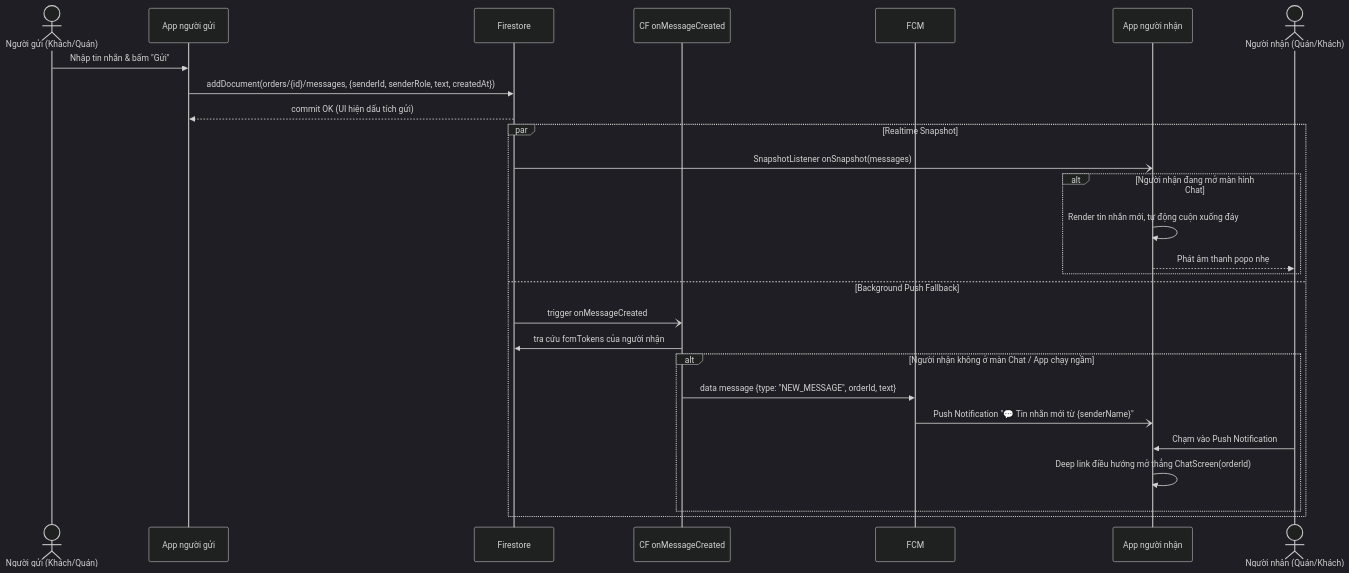
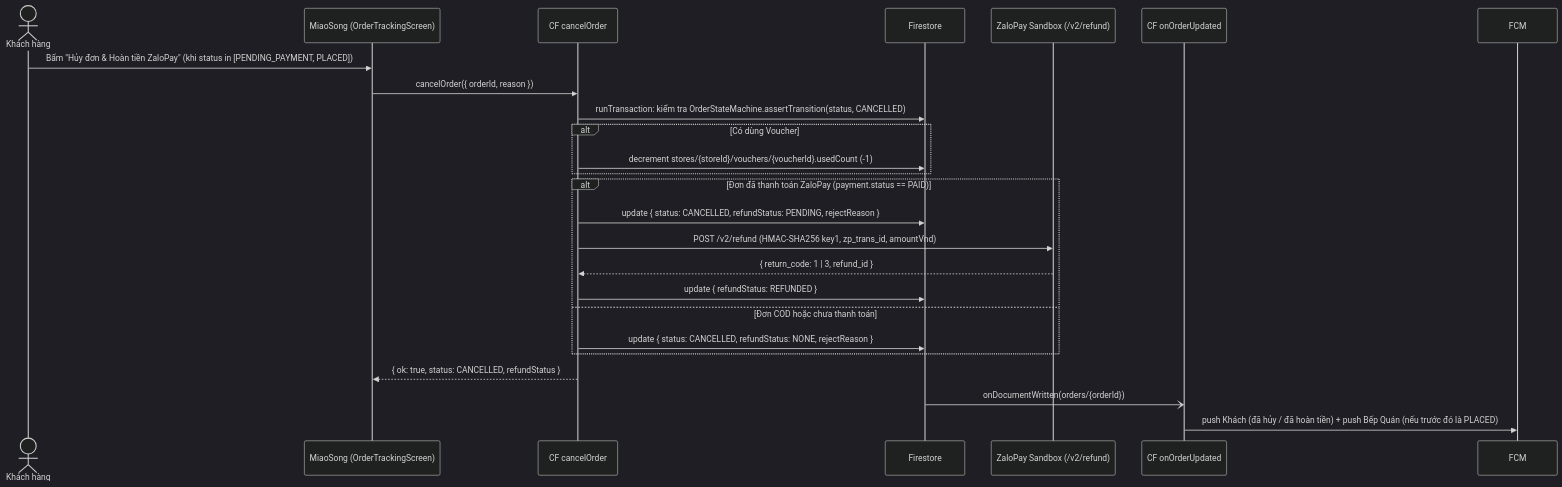
Diagram 14 of 16 in docs/04-sequence-diagrams.md (thanhpino/MobileAppFinalProject-MiaoSong), drawn with Mermaid (dark theme) before and after one commit. The commit also changed other lines of this file and 10 other files, not shown here.

Commit message:
docs(freeze): sync all diagrams/ERD/API contracts with code & add interactive Archify flow HTML

````diff
--- a/docs/04-sequence-diagrams.md
+++ b/docs/04-sequence-diagrams.md
@@ -424,31 +424,28 @@
 ```mermaid
 sequenceDiagram
-    actor U1 as Người gửi (Khách/Quán)
-    participant APP1 as App người gửi
+    actor KH as Khách hàng
+    participant APP as MiaoSong (OrderTrackingScreen)
+    participant CF as CF cancelOrder
     participant FS as Firestore
-    participant CF as CF onMessageCreated
+    participant ZLP as ZaloPay Sandbox (/v2/refund)
+    participant TRG as CF onOrderUpdated
     participant FCM as FCM
-    participant APP2 as App người nhận
-    actor U2 as Người nhận (Quán/Khách)
 
-    U1->>APP1: Nhập tin nhắn & bấm "Gửi"
-    APP1->>FS: addDocument(orders/{id}/messages, {senderId, senderRole, text, createdAt})
-    FS-->>APP1: commit OK (UI hiện dấu tích gửi)
-    
-    par Realtime Snapshot
-        FS-)APP2: SnapshotListener onSnapshot(messages)
-        alt Người nhận đang mở màn hình Chat
-            APP2->>APP2: Render tin nhắn mới, tự động cuộn xuống đáy
-            APP2-->>U2: Phát âm thanh popo nhẹ
-        end
-    and Background Push Fallback
-        FS-)CF: trigger onMessageCreated
-        CF->>FS: tra cứu fcmTokens của người nhận
-        alt Người nhận không ở màn Chat / App chạy ngầm
-            CF->>FCM: data message {type: "NEW_MESSAGE", orderId, text}
-            FCM-)APP2: Push Notification "💬 Tin nhắn mới từ {senderName}"
-            U2->>APP2: Chạm vào Push Notification
-            APP2->>APP2: Deep link điều hướng mở thẳng ChatScreen(orderId)
-        end
+    KH->>APP: Bấm "Hủy đơn & Hoàn tiền ZaloPay" (khi status in [PENDING_PAYMENT, PLACED])
+    APP->>CF: cancelOrder({ orderId, reason })
+    CF->>FS: runTransaction: kiểm tra OrderStateMachine.assertTransition(status, CANCELLED)
+    alt Có dùng Voucher
+        CF->>FS: decrement stores/{storeId}/vouchers/{voucherId}.usedCount (-1)
     end
+    alt Đơn đã thanh toán ZaloPay (payment.status == PAID)
+        CF->>FS: update { status: CANCELLED, refundStatus: PENDING, rejectReason }
+        CF->>ZLP: POST /v2/refund (HMAC-SHA256 key1, zp_trans_id, amountVnd)
+        ZLP-->>CF: { return_code: 1 | 3, refund_id }
+        CF->>FS: update { refundStatus: REFUNDED }
+    else Đơn COD hoặc chưa thanh toán
+        CF->>FS: update { status: CANCELLED, refundStatus: NONE, rejectReason }
+    end
+    CF-->>APP: { ok: true, status: CANCELLED, refundStatus }
+    FS-)TRG: onDocumentWritten(orders/{orderId})
+    TRG->>FCM: push Khách (đã hủy / đã hoàn tiền) + push Bếp Quán (nếu trước đó là PLACED)
 ```
````
